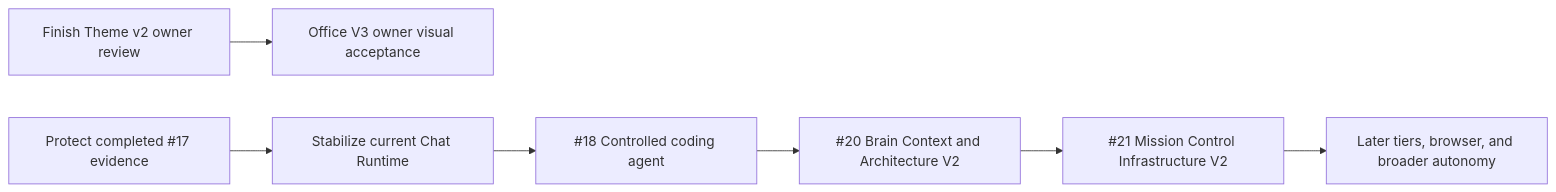
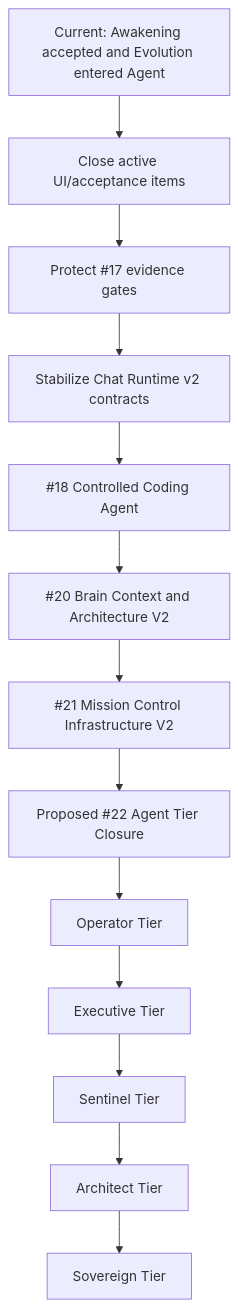
The second of 4 diagrams in docs/03_ROADMAP.md (binhvu284/tobi), drawn with Mermaid before and after one commit. The commit also changed other lines of this file and 5 other files, not shown here.

````diff
--- a/docs/03_ROADMAP.md
+++ b/docs/03_ROADMAP.md
@@ -13,9 +34,15 @@
 ```mermaid
-flowchart LR
-  A[Finish Theme v2 owner review] --> B[Office V3 owner visual acceptance]
-  C[Protect completed #17 evidence] --> D[Stabilize current Chat Runtime]
-  D --> E[#18 Controlled coding agent]
-  E --> F[#20 Brain Context and Architecture V2]
-  F --> G[#21 Mission Control Infrastructure V2]
-  G --> H[Later tiers, browser, and broader autonomy]
+flowchart TD
+  A["Current: Awakening accepted and Evolution entered Agent"] --> B["Close active UI/acceptance items"]
+  B --> C["Protect #17 evidence gates"]
+  C --> D["Stabilize Chat Runtime v2 contracts"]
+  D --> E["#18 Controlled Coding Agent"]
+  E --> F["#20 Brain Context and Architecture V2"]
+  F --> G["#21 Mission Control Infrastructure V2"]
+  G --> H["Proposed #22 Agent Tier Closure"]
+  H --> I["Operator Tier"]
+  I --> J["Executive Tier"]
+  J --> K["Sentinel Tier"]
+  K --> L["Architect Tier"]
+  L --> M["Sovereign Tier"]
 ```
````
